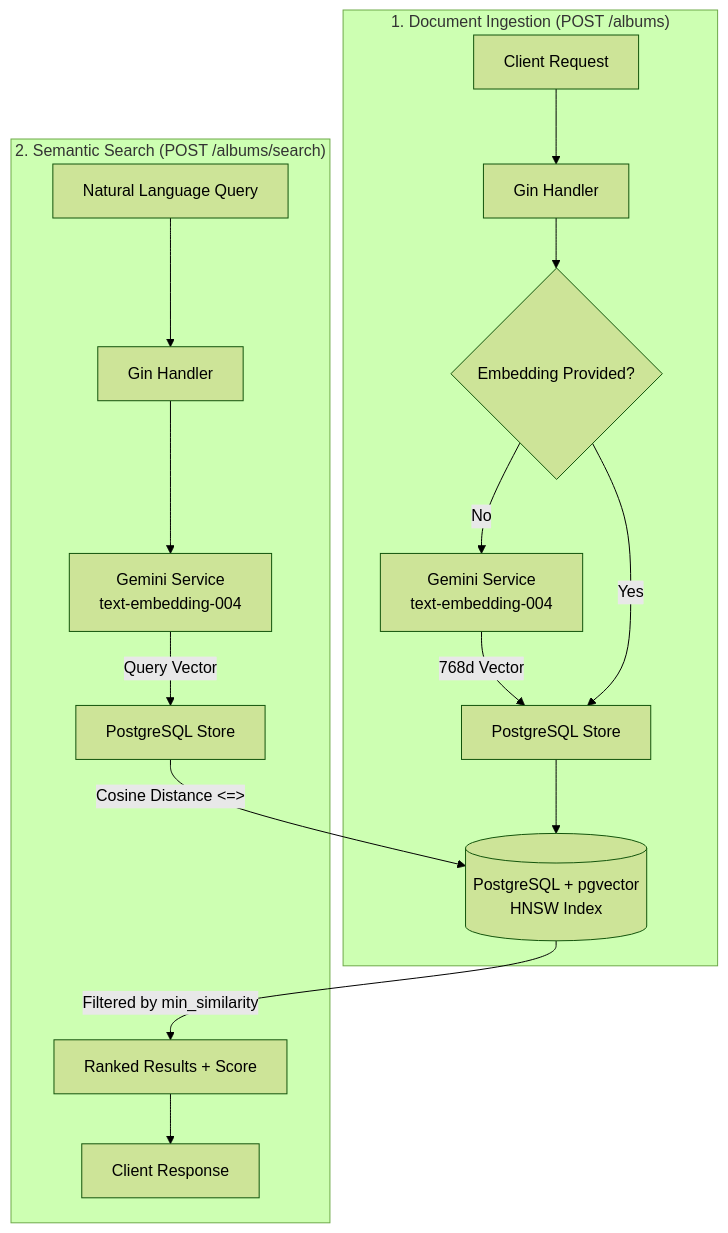
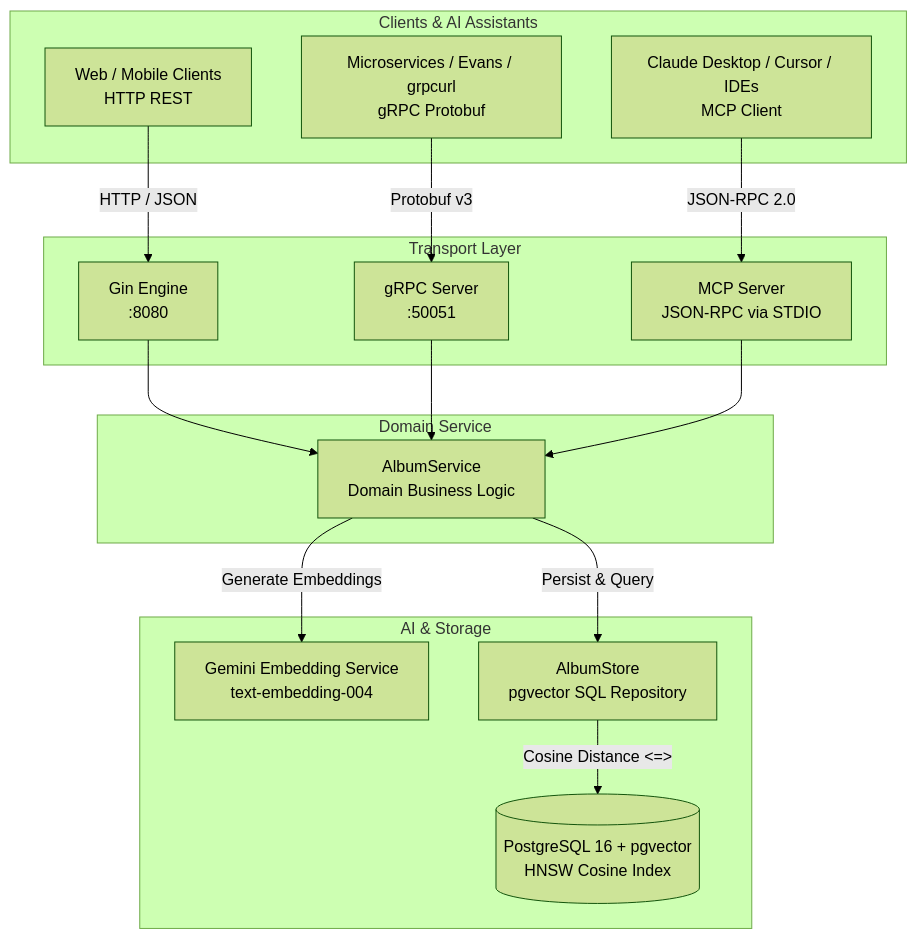
One commit to FellipeHallanny/ApiRagGo changed the diagram in README.md. Above: the diagram before and after it, drawn with Mermaid (forest theme). The commit also changed other lines of this file and 1 other file, not shown here.

First line of the commit message:
Document multi-transport API support

````diff
--- a/README.md
+++ b/README.md
@@ -36,20 +45,36 @@
 ```mermaid
 flowchart TD
-    subgraph Ingestion["1. Document Ingestion (POST /albums)"]
-        A[Client Request] --> B[Gin Handler]
-        B --> C{Embedding Provided?}
-        C -->|No| D[Gemini Service<br/>text-embedding-004]
-        D -->|768d Vector| E[PostgreSQL Store]
-        C -->|Yes| E
-        E --> F[(PostgreSQL + pgvector<br/>HNSW Index)]
+    subgraph Clients["Clients & AI Assistants"]
+        C_REST[Web / Mobile Clients<br/>HTTP REST]
+        C_GRPC[Microservices / Evans / grpcurl<br/>gRPC Protobuf]
+        C_MCP[Claude Desktop / Cursor / IDEs<br/>MCP Client]
     end
 
-    subgraph Retrieval["2. Semantic Search (POST /albums/search)"]
-        G[Natural Language Query] --> H[Gin Handler]
-        H --> I[Gemini Service<br/>text-embedding-004]
-        I -->|Query Vector| J[PostgreSQL Store]
-        J -->|Cosine Distance <=> | F
-        F -->|Filtered by min_similarity| K[Ranked Results + Score]
-        K --> L[Client Response]
+    subgraph Transports["Transport Layer"]
+        T_REST[Gin Engine<br/>:8080]
+        T_GRPC[gRPC Server<br/>:50051]
+        T_MCP[MCP Server<br/>JSON-RPC via STDIO]
     end
+
+    subgraph Core["Domain Service"]
+        SVC[AlbumService<br/>Domain Business Logic]
+    end
+
+    subgraph External["AI & Storage"]
+        GEMINI[Gemini Embedding Service<br/>text-embedding-004]
+        STORE[AlbumStore<br/>pgvector SQL Repository]
+        DB[(PostgreSQL 16 + pgvector<br/>HNSW Cosine Index)]
+    end
+
+    C_REST -->|HTTP / JSON| T_REST
+    C_GRPC -->|Protobuf v3| T_GRPC
+    C_MCP -->|JSON-RPC 2.0| T_MCP
+
+    T_REST --> SVC
+    T_GRPC --> SVC
+    T_MCP --> SVC
+
+    SVC -->|Generate Embeddings| GEMINI
+    SVC -->|Persist & Query| STORE
+    STORE -->|Cosine Distance <=> | DB
 ```
````
